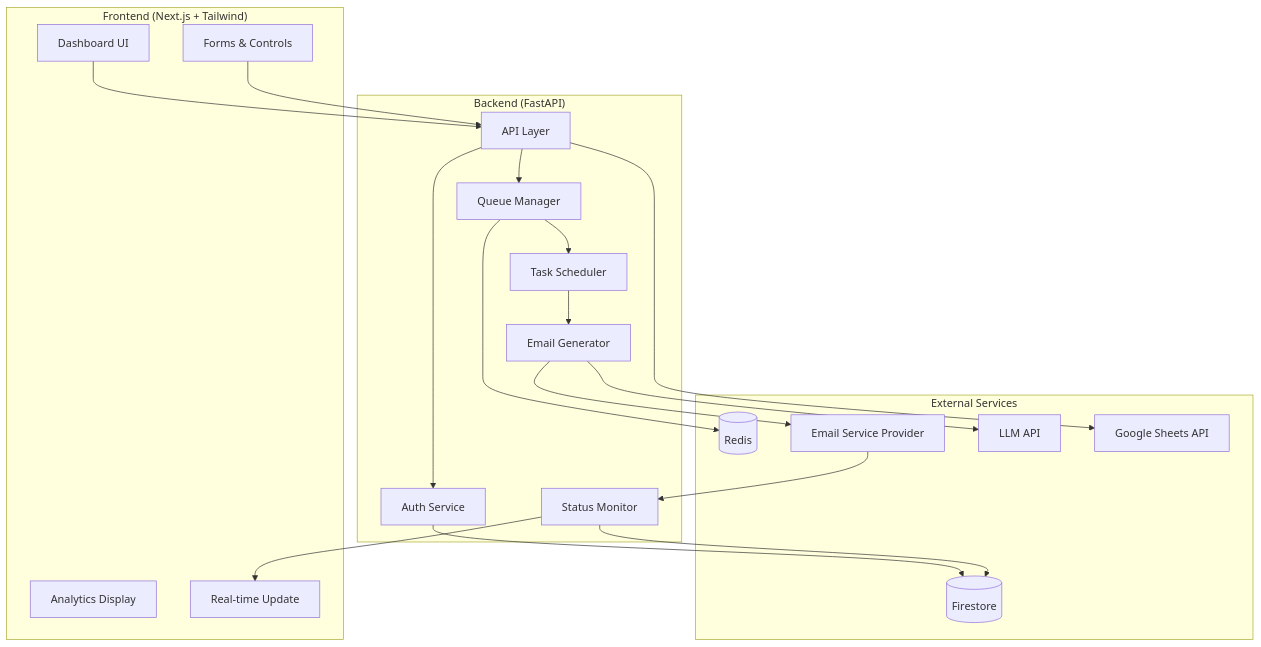
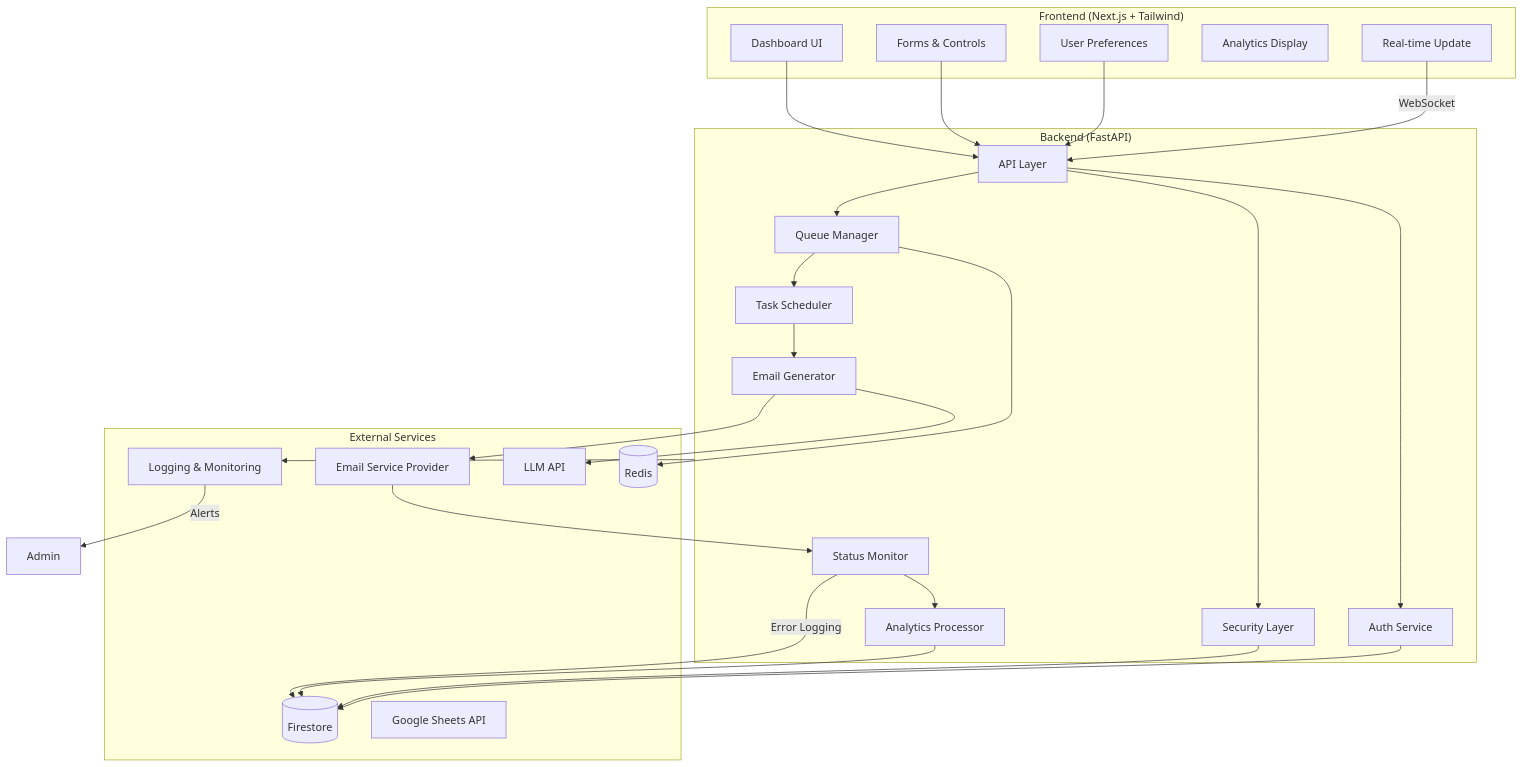
The diagram in README.md (meghana-0211/email-automation), drawn with Mermaid before and after one commit. The commit also changed other lines of this file, not shown here.

````diff
--- a/README.md
+++ b/README.md
@@ -21,41 +8,53 @@
 ```mermaid
+
 flowchart TD
     subgraph Frontend["Frontend (Next.js + Tailwind)"]
         UI[Dashboard UI]
         Forms[Forms & Controls]
+        Preferences[User Preferences]
         Analytics[Analytics Display]
         RT[Real-time Update]
     end
 
     subgraph Backend["Backend (FastAPI)"]
         API[API Layer]
         Auth[Auth Service]
         Queue[Queue Manager]
         Scheduler[Task Scheduler]
         Generator[Email Generator]
         Monitor[Status Monitor]
+        DataProcessor[Analytics Processor]
+        Security[Security Layer]
     end
 
     subgraph Services["External Services"]
         DB[(Firestore)]
         Redis[(Redis)]
         ESP[Email Service Provider]
         LLM[LLM API]
         Sheets[Google Sheets API]
+        Observability[Logging & Monitoring]
     end
 
     UI --> API
     Forms --> API
+    Preferences --> API
     API --> Auth
     Auth --> DB
+    API --> Security
+    Security --> DB
     API --> Queue
     Queue --> Redis
     Queue --> Scheduler
     Scheduler --> Generator
     Generator --> LLM
     Generator --> ESP
     ESP --> Monitor
-    Monitor --> DB
-    Monitor --> RT
-    API --> Sheets
+    Monitor --> DataProcessor
+    DataProcessor --> DB
+    Monitor -->|Error Logging| DB
+    RT -->|WebSocket| API
+    Backend --> Observability
+    Observability -->|Alerts| Admin
+
 ```
````
